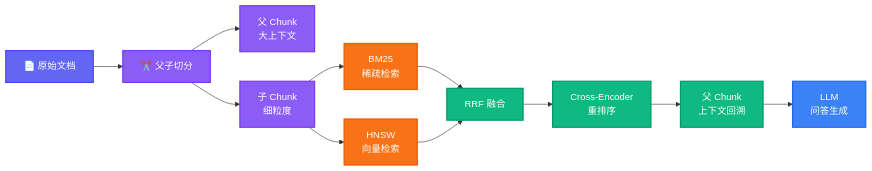
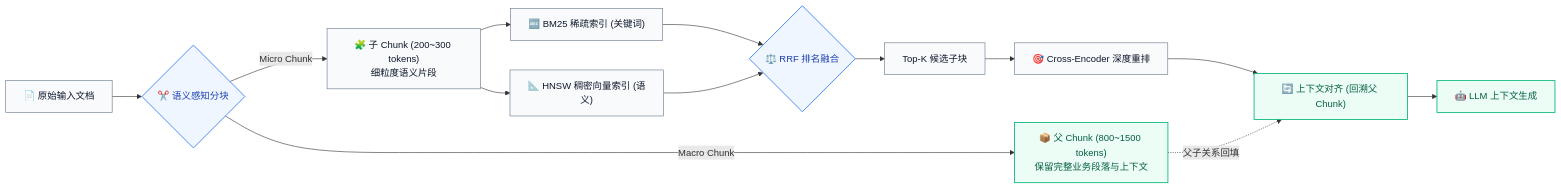
One commit to 7ing24/AgenticRAG changed the second of 4 diagrams in README.md. Above: the diagram before and after it, drawn with Mermaid. The commit also changed other lines of this file and 1 other file, not shown here.

````diff
--- a/README.md
+++ b/README.md
@@ -116,28 +137,28 @@
 ```mermaid
-graph LR
-    classDef doc fill:#6366F1,stroke:#4F46E5,color:#fff,stroke-width:2px
-    classDef chunk fill:#8B5CF6,stroke:#7C3AED,color:#fff,stroke-width:2px
-    classDef search fill:#F97316,stroke:#EA580C,color:#fff,stroke-width:2px
-    classDef merge fill:#10B981,stroke:#059669,color:#fff,stroke-width:2px
-    classDef output fill:#3B82F6,stroke:#2563EB,color:#fff,stroke-width:2px
+flowchart LR
+    classDef default fill:#F8FAFC,stroke:#64748B,stroke-width:1px,color:#0F172A;
+    classDef highlight fill:#EFF6FF,stroke:#3B82F6,stroke-width:1.5px,color:#1E40AF;
+    classDef success fill:#ECFDF5,stroke:#10B981,stroke-width:1.5px,color:#065F46;
 
-    Doc["📄 原始文档"] --> Split["✂️ 父子切分"]
-    Split --> Parent["父 Chunk<br/>大上下文"]
-    Split --> Child["子 Chunk<br/>细粒度"]
+    Doc["📄 原始输入文档"] --> Split{"✂️ 语义感知分块"}
     
-    Child --> BM25["BM25<br/>稀疏检索"]
-    Child --> HNSW["HNSW<br/>向量检索"]
+    Split -->|Macro Chunk| Parent["📦 父 Chunk (800~1500 tokens)<br/>保留完整业务段落与上下文"]
+    Split -->|Micro Chunk| Child["🧩 子 Chunk (200~300 tokens)<br/>细粒度语义片段"]
+
+    Child --> BM25["🔤 BM25 稀疏索引 (关键词)"]
+    Child --> Dense["📐 HNSW 稠密向量索引 (语义)"]
+
+    BM25 --> RRF{"⚖️ RRF 排名融合"}
+    Dense --> RRF
+
+    RRF --> TopK["Top-K 候选子块"]
+    TopK --> Rerank["🎯 Cross-Encoder 深度重排"]
     
-    BM25 --> RRF["RRF 融合"]
-    HNSW --> RRF
+    Rerank --> Expand["🔄 上下文对齐 (回溯父 Chunk)"]
+    Parent -.->|父子关系回填| Expand
     
-    RRF --> Rerank["Cross-Encoder<br/>重排序"]
-    Rerank --> Expand["父 Chunk<br/>上下文回溯"]
-    Expand --> LLM["LLM<br/>问答生成"]
+    Expand --> LLM["🤖 LLM 上下文生成"]
 
-    class Doc doc
-    class Split,Child,Parent chunk
-    class BM25,HNSW search
-    class RRF,Rerank,Expand merge
-    class LLM output
+    class Split,RRF highlight
+    class Parent,Expand,LLM success
 ```
````
